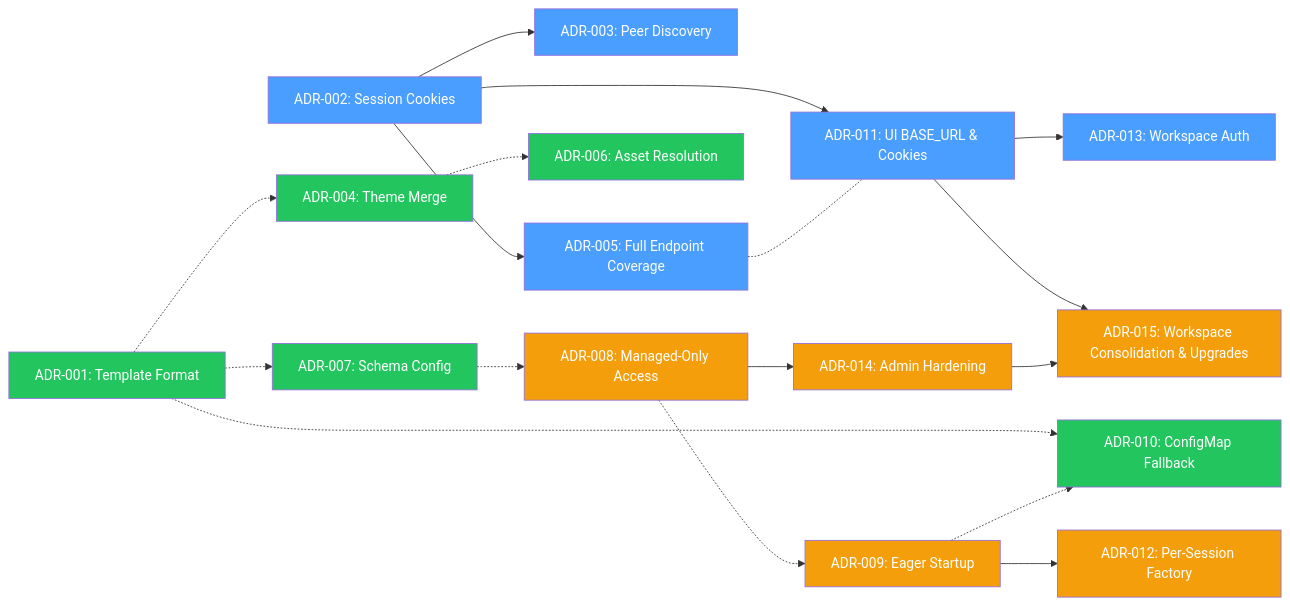
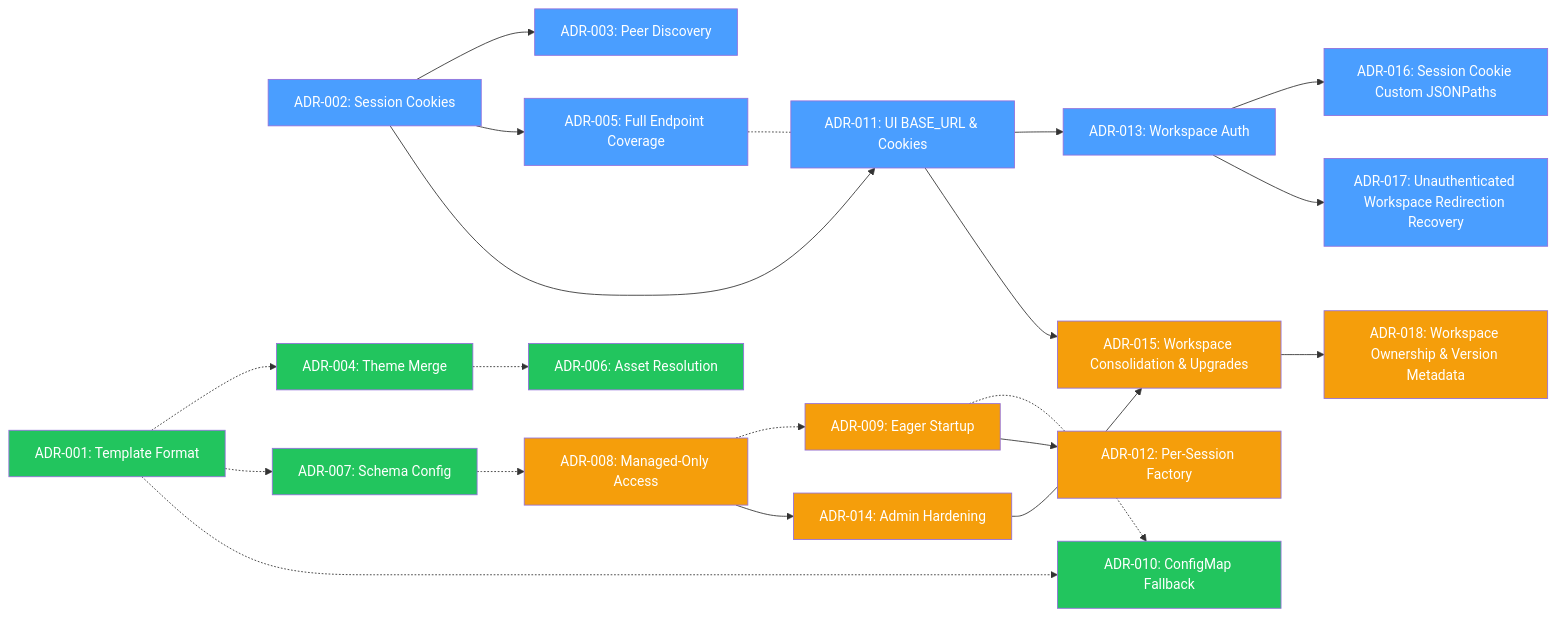
Before and after one commit to nogoo9/no-crd: the diagram in docs/decisions/index.md, drawn with Mermaid. The commit also changed other lines of this file and 42 other files, not shown here.

````diff
--- a/docs/decisions/index.md
+++ b/docs/decisions/index.md
@@ -40,34 +43,40 @@
 ```mermaid
 graph LR
     ADR002["ADR-002: Session Cookies"] --> ADR003["ADR-003: Peer Discovery"]
     ADR002 --> ADR005["ADR-005: Full Endpoint Coverage"]
     ADR001["ADR-001: Template Format"] -.-> ADR004["ADR-004: Theme Merge"]
     ADR004 -.-> ADR006["ADR-006: Asset Resolution"]
     ADR001 -.-> ADR007["ADR-007: Schema Config"]
     ADR007 -.-> ADR008["ADR-008: Managed-Only Access"]
     ADR008 -.-> ADR009["ADR-009: Eager Startup"]
     ADR001 -.-> ADR010["ADR-010: ConfigMap Fallback"]
     ADR009 -.-> ADR010
     ADR002 --> ADR011["ADR-011: UI BASE_URL & Cookies"]
     ADR005 -.- ADR011
     ADR009 --> ADR012["ADR-012: Per-Session Factory"]
     ADR011 --> ADR013["ADR-013: Workspace Auth"]
     ADR008 --> ADR014["ADR-014: Admin Hardening"]
     ADR011 --> ADR015["ADR-015: Workspace Consolidation & Upgrades"]
     ADR014 --> ADR015
+    ADR013 --> ADR016["ADR-016: Session Cookie Custom JSONPaths"]
+    ADR013 --> ADR017["ADR-017: Unauthenticated Workspace Redirection Recovery"]
+    ADR015 --> ADR018["ADR-018: Workspace Ownership & Version Metadata"]
     style ADR002 fill:#4a9eff,color:#fff
     style ADR003 fill:#4a9eff,color:#fff
     style ADR005 fill:#4a9eff,color:#fff
     style ADR001 fill:#22c55e,color:#fff
     style ADR004 fill:#22c55e,color:#fff
     style ADR006 fill:#22c55e,color:#fff
     style ADR007 fill:#22c55e,color:#fff
     style ADR008 fill:#f59e0b,color:#fff
     style ADR009 fill:#f59e0b,color:#fff
     style ADR010 fill:#22c55e,color:#fff
     style ADR011 fill:#4a9eff,color:#fff
     style ADR012 fill:#f59e0b,color:#fff
     style ADR013 fill:#4a9eff,color:#fff
     style ADR014 fill:#f59e0b,color:#fff
     style ADR015 fill:#f59e0b,color:#fff
+    style ADR016 fill:#4a9eff,color:#fff
+    style ADR017 fill:#4a9eff,color:#fff
+    style ADR018 fill:#f59e0b,color:#fff
 ```
````
